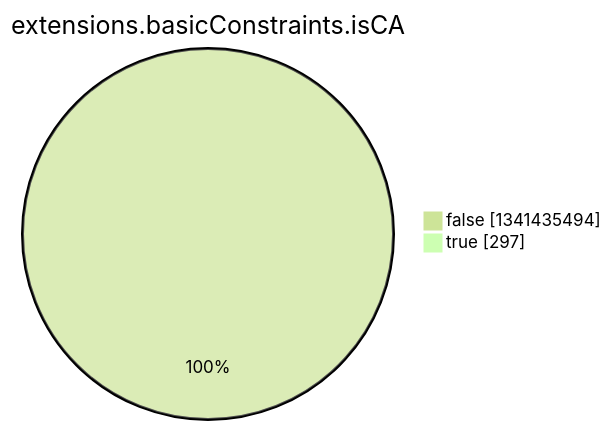
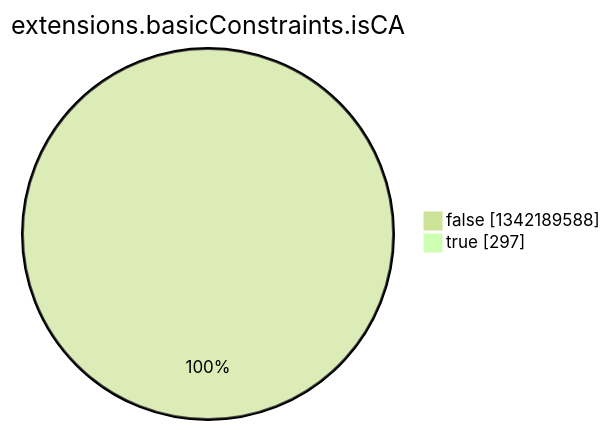
Before and after one commit to christiankrug/ctmonitor_visualization: the eighth of 15 diagrams in argon2022/README.md, drawn with Mermaid (forest theme). The commit also changed other lines of this file, not shown here.

````diff
--- a/argon2022/README.md
+++ b/argon2022/README.md
@@ -2758,6 +2758,6 @@
 ```mermaid
 pie showData
 title extensions.basicConstraints.isCA
-"false" :1341435494
+"false" :1342189588
 "true" :297
 ```
````
